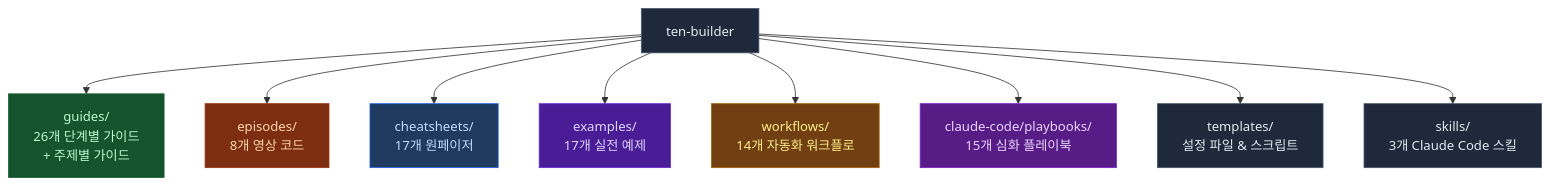
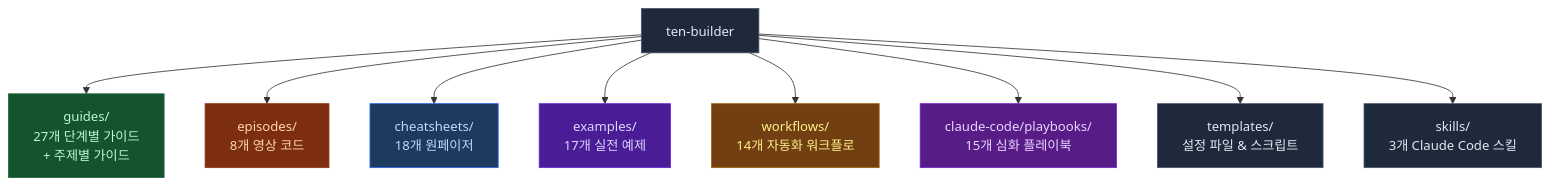
One commit to AndrewRoh/ten-builder changed the first of 2 diagrams in README.md. Above: the diagram before and after it, drawn with Mermaid. The commit also changed other lines of this file, not shown here.

Commit message:
docs: README sync -- 2 items added (#102)

````diff
--- a/README.md
+++ b/README.md
@@ -23,21 +23,21 @@
 ```mermaid
 flowchart TD
-    R["ten-builder"] --> G["guides/\n26개 단계별 가이드\n+ 주제별 가이드"]
+    R["ten-builder"] --> G["guides/\n27개 단계별 가이드\n+ 주제별 가이드"]
     R --> E["episodes/\n8개 영상 코드"]
-    R --> C["cheatsheets/\n17개 원페이저"]
+    R --> C["cheatsheets/\n18개 원페이저"]
     R --> EX["examples/\n17개 실전 예제"]
     R --> W["workflows/\n14개 자동화 워크플로"]
     R --> P["claude-code/playbooks/\n15개 심화 플레이북"]
     R --> T["templates/\n설정 파일 & 스크립트"]
     R --> S["skills/\n3개 Claude Code 스킬"]
 
     style R fill:#1e293b,stroke:#475569,color:#e2e8f0
     style G fill:#14532d,stroke:#166534,color:#bbf7d0
     style E fill:#7c2d12,stroke:#9a3412,color:#fed7aa
     style C fill:#1e3a5f,stroke:#2563eb,color:#bfdbfe
     style EX fill:#4a1d96,stroke:#6d28d9,color:#ddd6fe
     style W fill:#713f12,stroke:#a16207,color:#fef08a
     style P fill:#581c87,stroke:#7e22ce,color:#e9d5ff
     style T fill:#1e293b,stroke:#475569,color:#e2e8f0
     style S fill:#1e293b,stroke:#475569,color:#e2e8f0
 ```
````
